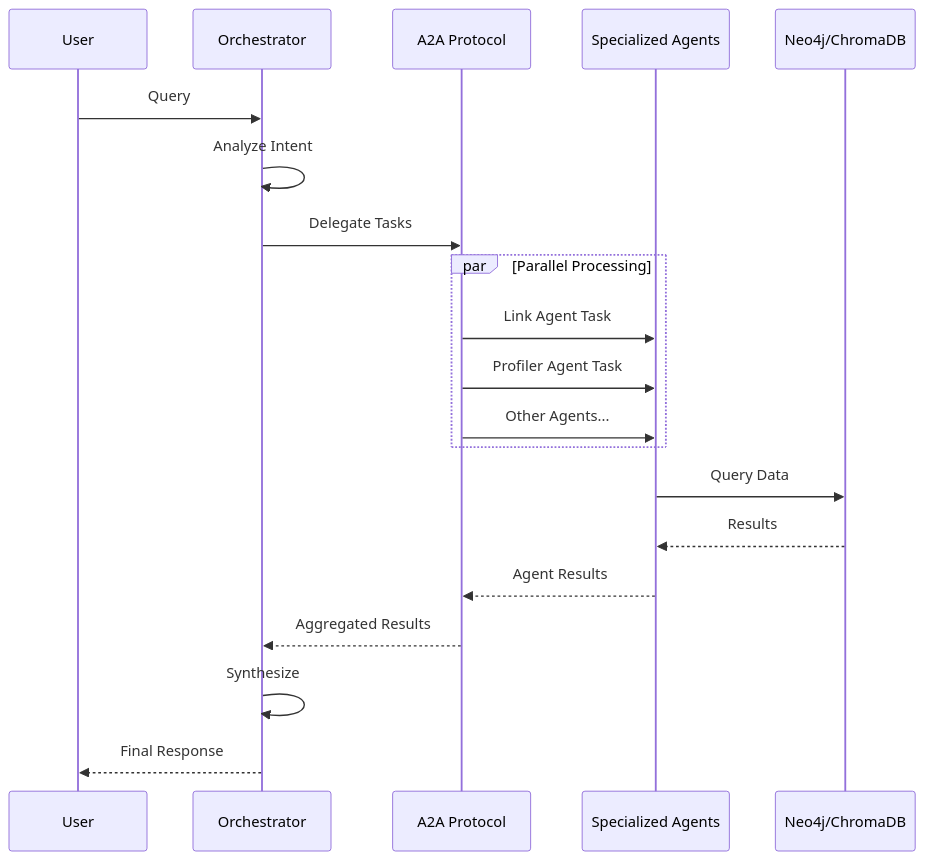
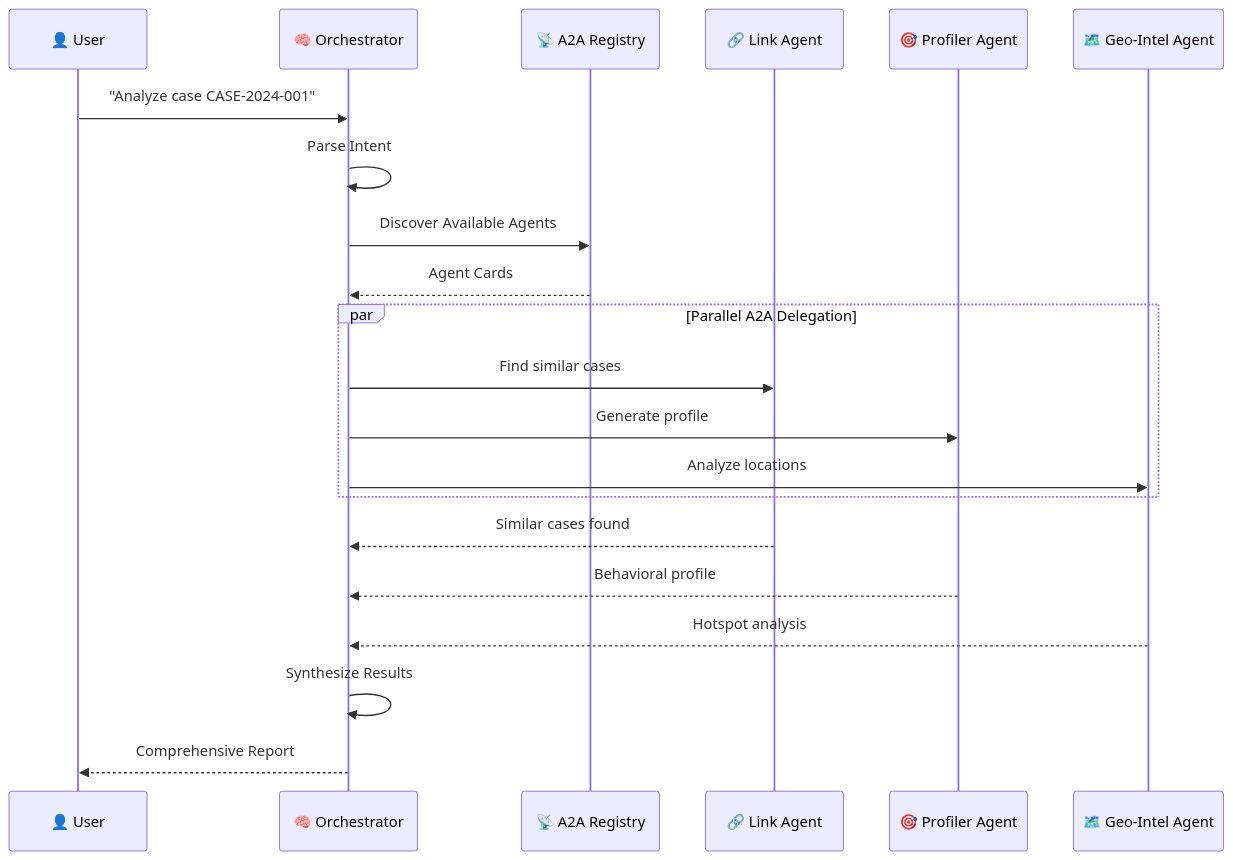
The second of 4 diagrams in docs/architecture.md (francotesei/cris), drawn with Mermaid before and after one commit. The commit also changed other lines of this file and 3 other files, not shown here.

````diff
--- a/docs/architecture.md
+++ b/docs/architecture.md
@@ -70,25 +53,27 @@
 ```mermaid
 sequenceDiagram
-    participant U as User
-    participant O as Orchestrator
-    participant A2A as A2A Protocol
-    participant Agents as Specialized Agents
-    participant DB as Neo4j/ChromaDB
+    participant U as 👤 User
+    participant O as 🧠 Orchestrator
+    participant A as 📡 A2A Registry
+    participant L as 🔗 Link Agent
+    participant P as 🎯 Profiler Agent
+    participant G as 🗺️ Geo-Intel Agent
     
-    U->>O: Query
-    O->>O: Analyze Intent
-    O->>A2A: Delegate Tasks
+    U->>O: "Analyze case CASE-2024-001"
+    O->>O: Parse Intent
+    O->>A: Discover Available Agents
+    A-->>O: Agent Cards
     
-    par Parallel Processing
-        A2A->>Agents: Link Agent Task
-        A2A->>Agents: Profiler Agent Task
-        A2A->>Agents: Other Agents...
+    par Parallel A2A Delegation
+        O->>L: Find similar cases
+        O->>P: Generate profile
+        O->>G: Analyze locations
     end
     
-    Agents->>DB: Query Data
-    DB-->>Agents: Results
-    Agents-->>A2A: Agent Results
-    A2A-->>O: Aggregated Results
-    O->>O: Synthesize
-    O-->>U: Final Response
+    L-->>O: Similar cases found
+    P-->>O: Behavioral profile
+    G-->>O: Hotspot analysis
+    
+    O->>O: Synthesize Results
+    O-->>U: Comprehensive Report
 ```
````
